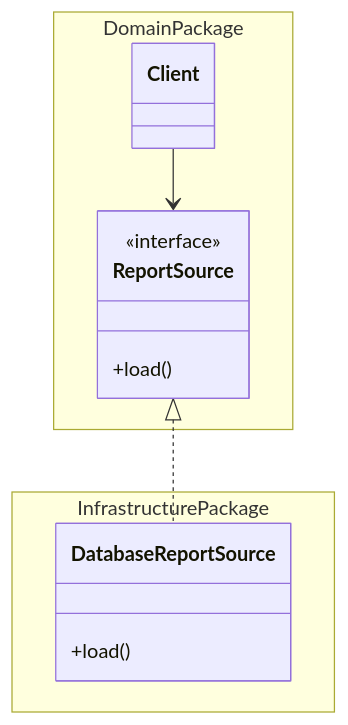
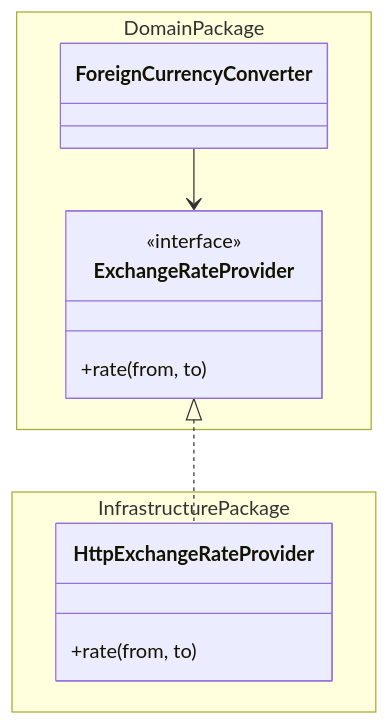
One commit to alancesar/design-patterns changed the diagram in i18n/en/docusaurus-plugin-content-docs/current/design/poeaa/base/separated-interface.md. Above: the diagram before and after it, drawn with Mermaid. The commit also changed other lines of this file and 95 other files, not shown here.

First line of the commit message:
Switch PoEAA examples and diagrams to fintech scenarios

````diff
--- a/i18n/en/docusaurus-plugin-content-docs/current/design/poeaa/base/separated-interface.md
+++ b/i18n/en/docusaurus-plugin-content-docs/current/design/poeaa/base/separated-interface.md
@@ -55,17 +55,17 @@
 ```mermaid
 classDiagram
     namespace DomainPackage {
-        class Client
-        class ReportSource {
+        class ForeignCurrencyConverter
+        class ExchangeRateProvider {
             <<interface>>
-            +load()
+            +rate(from, to)
         }
     }
     namespace InfrastructurePackage {
-        class DatabaseReportSource {
-            +load()
+        class HttpExchangeRateProvider {
+            +rate(from, to)
         }
     }
-    Client --> ReportSource
-    ReportSource <|.. DatabaseReportSource
+    ForeignCurrencyConverter --> ExchangeRateProvider
+    ExchangeRateProvider <|.. HttpExchangeRateProvider
 ```
````
